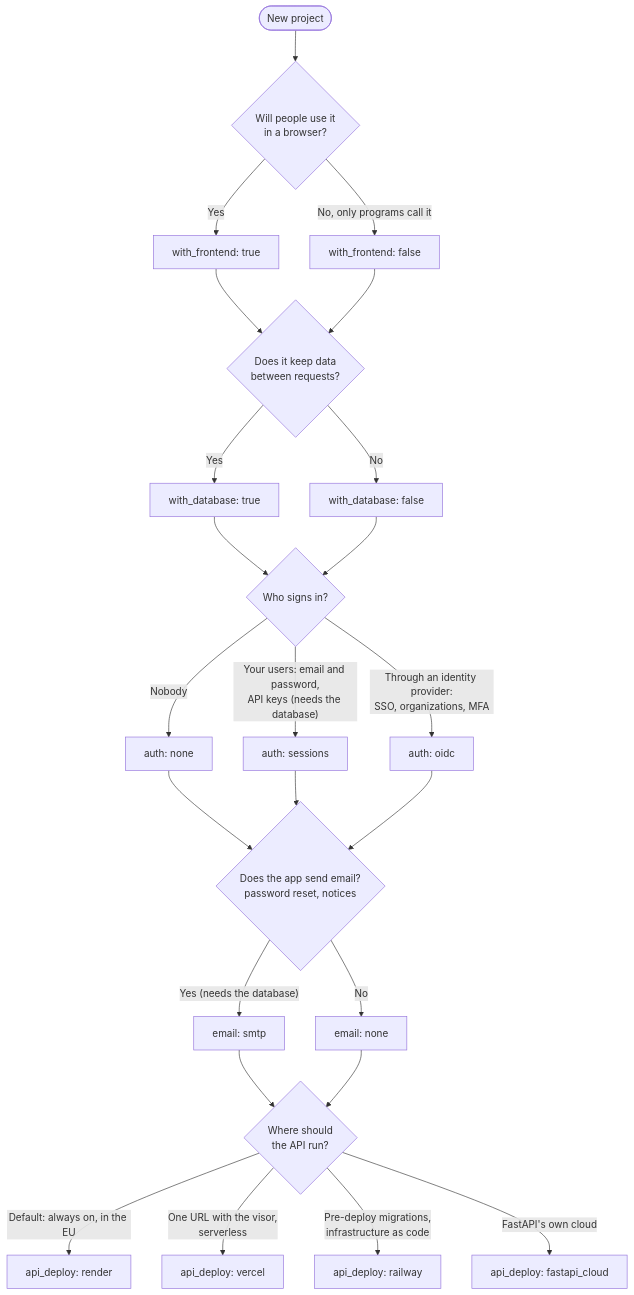
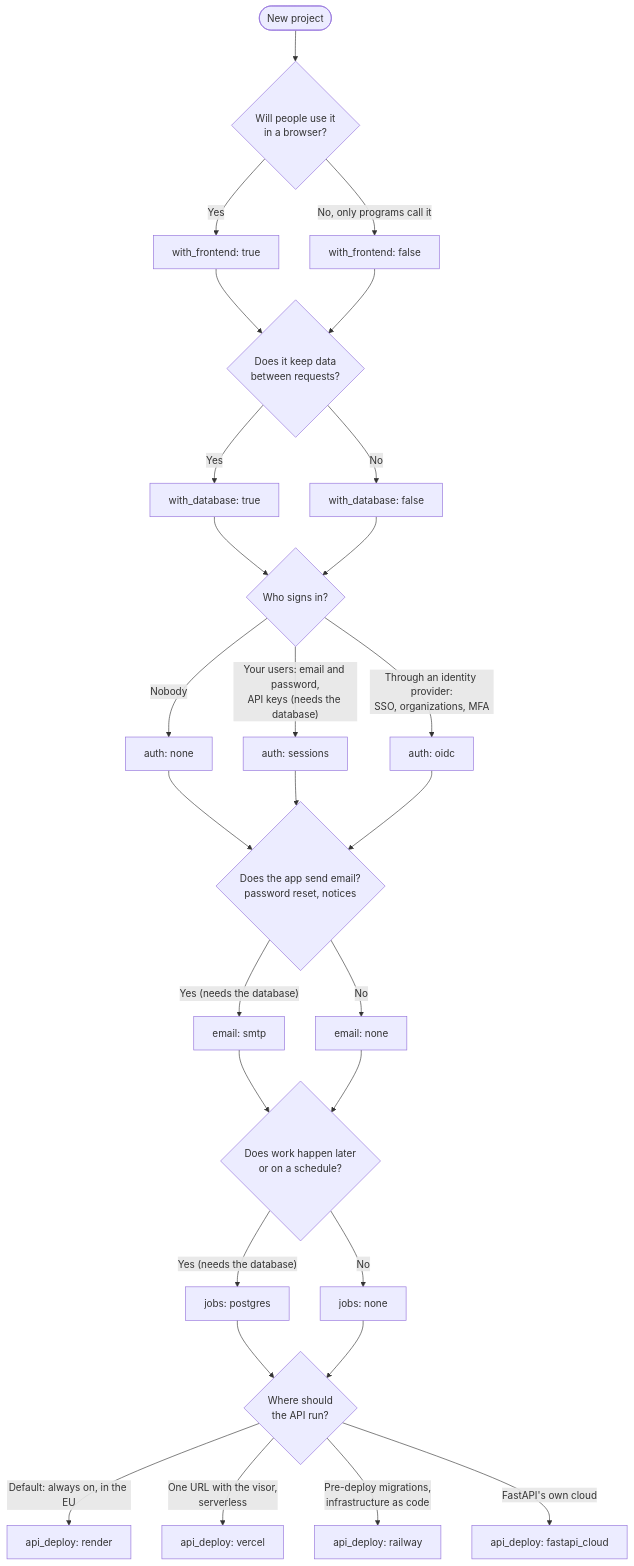
The diagram in docs/choosing-your-options.md (ebotiab/full-stack-blueprint), drawn with Mermaid before and after one commit. The commit also changed other lines of this file and 19 other files, not shown here.

First line of the commit message:
Generated projects can run background jobs and periodic tasks from PostgreSQL, with no queue service (jobs=postgres)

````diff
--- a/docs/choosing-your-options.md
+++ b/docs/choosing-your-options.md
@@ -30,26 +31,30 @@
 ```mermaid
 flowchart TD
     start([New project]) --> ui{Will people use it<br/>in a browser?}
     ui -- Yes --> fe[with_frontend: true]
     ui -- "No, only programs call it" --> nofe[with_frontend: false]
     fe --> data{Does it keep data<br/>between requests?}
     nofe --> data
     data -- Yes --> db[with_database: true]
     data -- No --> nodb[with_database: false]
     db --> who{Who signs in?}
     nodb --> who
     who -- Nobody --> none[auth: none]
     who -- "Your users: email and password,<br/>API keys (needs the database)" --> sessions[auth: sessions]
     who -- "Through an identity provider:<br/>SSO, organizations, MFA" --> oidc[auth: oidc]
     none --> mail{Does the app send email?<br/>password reset, notices}
     sessions --> mail
     oidc --> mail
     mail -- "Yes (needs the database)" --> smtp[email: smtp]
     mail -- No --> nomail[email: none]
-    smtp --> where{Where should<br/>the API run?}
-    nomail --> where
+    smtp --> later{Does work happen later<br/>or on a schedule?}
+    nomail --> later
+    later -- "Yes (needs the database)" --> jobs[jobs: postgres]
+    later -- No --> nojobs[jobs: none]
+    jobs --> where{Where should<br/>the API run?}
+    nojobs --> where
     where -- "Default: always on, in the EU" --> render[api_deploy: render]
     where -- "One URL with the visor,<br/>serverless" --> vercel[api_deploy: vercel]
     where -- "Pre-deploy migrations,<br/>infrastructure as code" --> railway[api_deploy: railway]
     where -- "FastAPI's own cloud" --> fc[api_deploy: fastapi_cloud]
 ```
````
